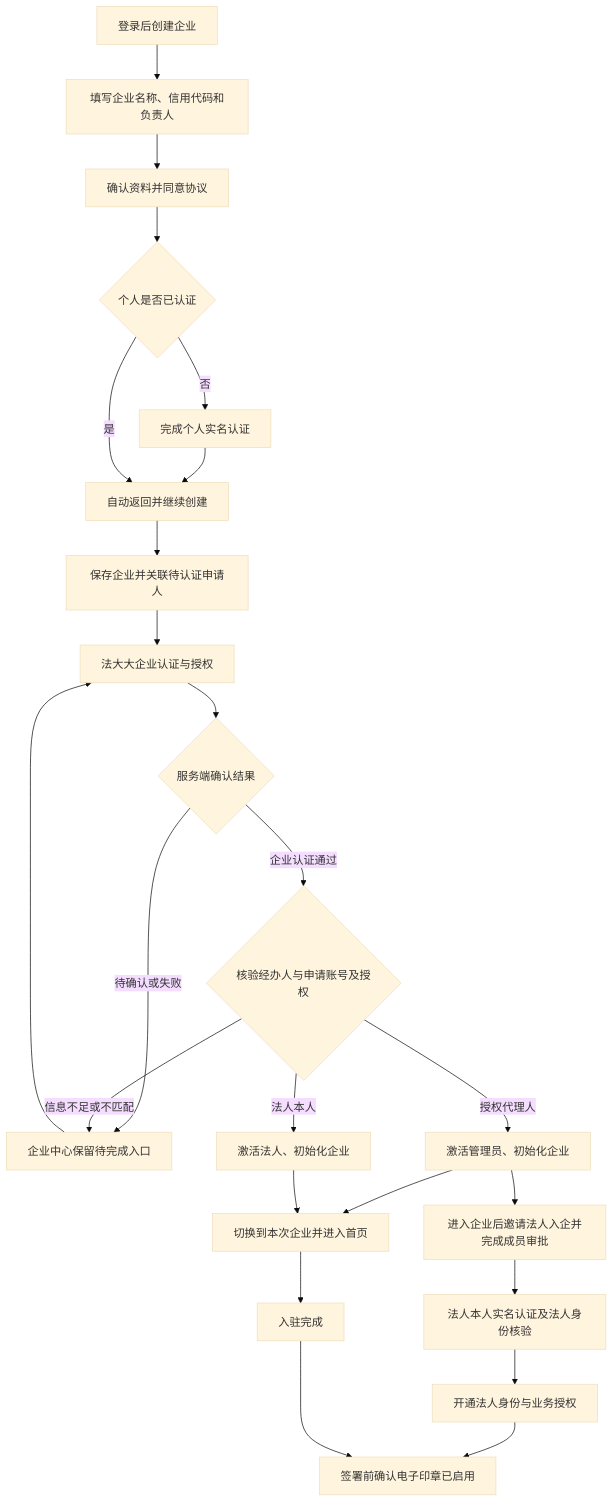
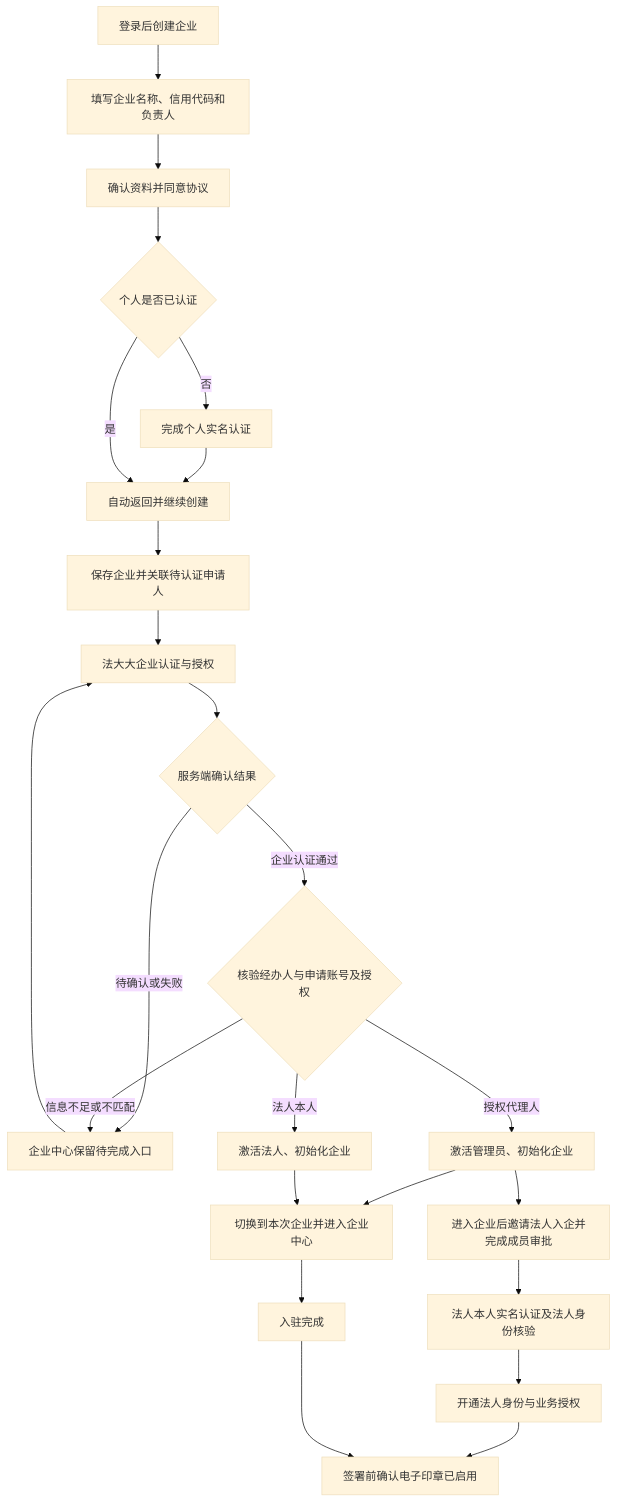
Before and after one commit to wuyinglong0813/sqt: the diagram in docs/company-onboarding-flow.md, drawn with Mermaid (base theme). The commit also changed other lines of this file and 4 other files, not shown here.

````diff
--- a/docs/company-onboarding-flow.md
+++ b/docs/company-onboarding-flow.md
@@ -20,26 +20,26 @@
 ```mermaid
 flowchart TD
   A[登录后创建企业] --> B[填写企业名称、信用代码和负责人]
   B --> C[确认资料并同意协议]
   C --> D{个人是否已认证}
   D -- 否 --> E[完成个人实名认证]
   E --> F[自动返回并继续创建]
   D -- 是 --> F
   F --> G[保存企业并关联待认证申请人]
   G --> H[法大大企业认证与授权]
   H --> I{服务端确认结果}
   I -- 待确认或失败 --> J[企业中心保留待完成入口]
   J --> H
   I -- 企业认证通过 --> O{核验经办人与申请账号及授权}
   O -- 法人本人 --> K[激活法人、初始化企业]
   O -- 授权代理人 --> P[激活管理员、初始化企业]
   O -- 信息不足或不匹配 --> J
   P --> L
   P --> Q[进入企业后邀请法人入企并完成成员审批]
   Q --> R[法人本人实名认证及法人身份核验]
   R --> S[开通法人身份与业务授权]
   S --> N
-  K --> L[切换到本次企业并进入首页]
+  K --> L[切换到本次企业并进入企业中心]
   L --> M[入驻完成]
   M --> N[签署前确认电子印章已启用]
 ```
````
